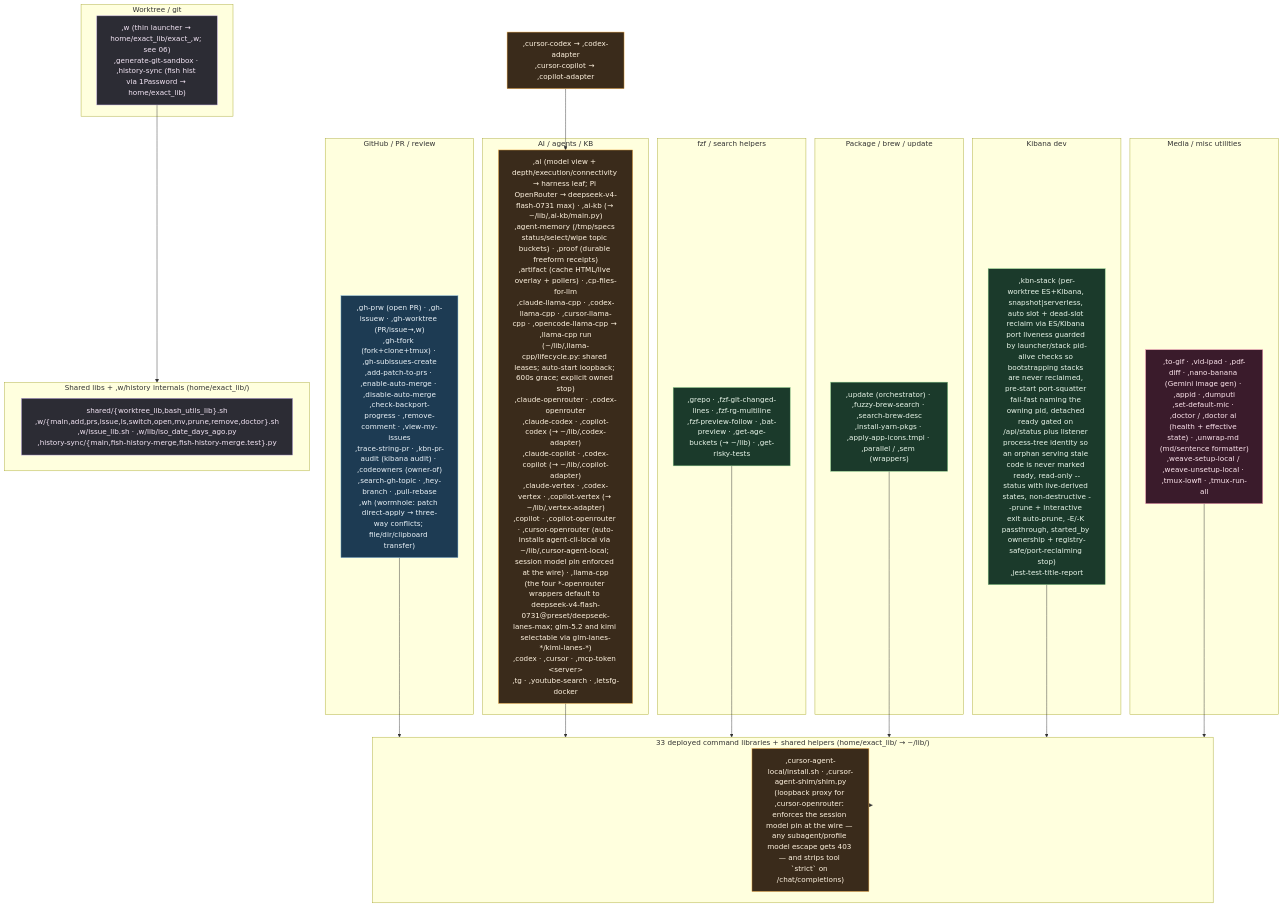
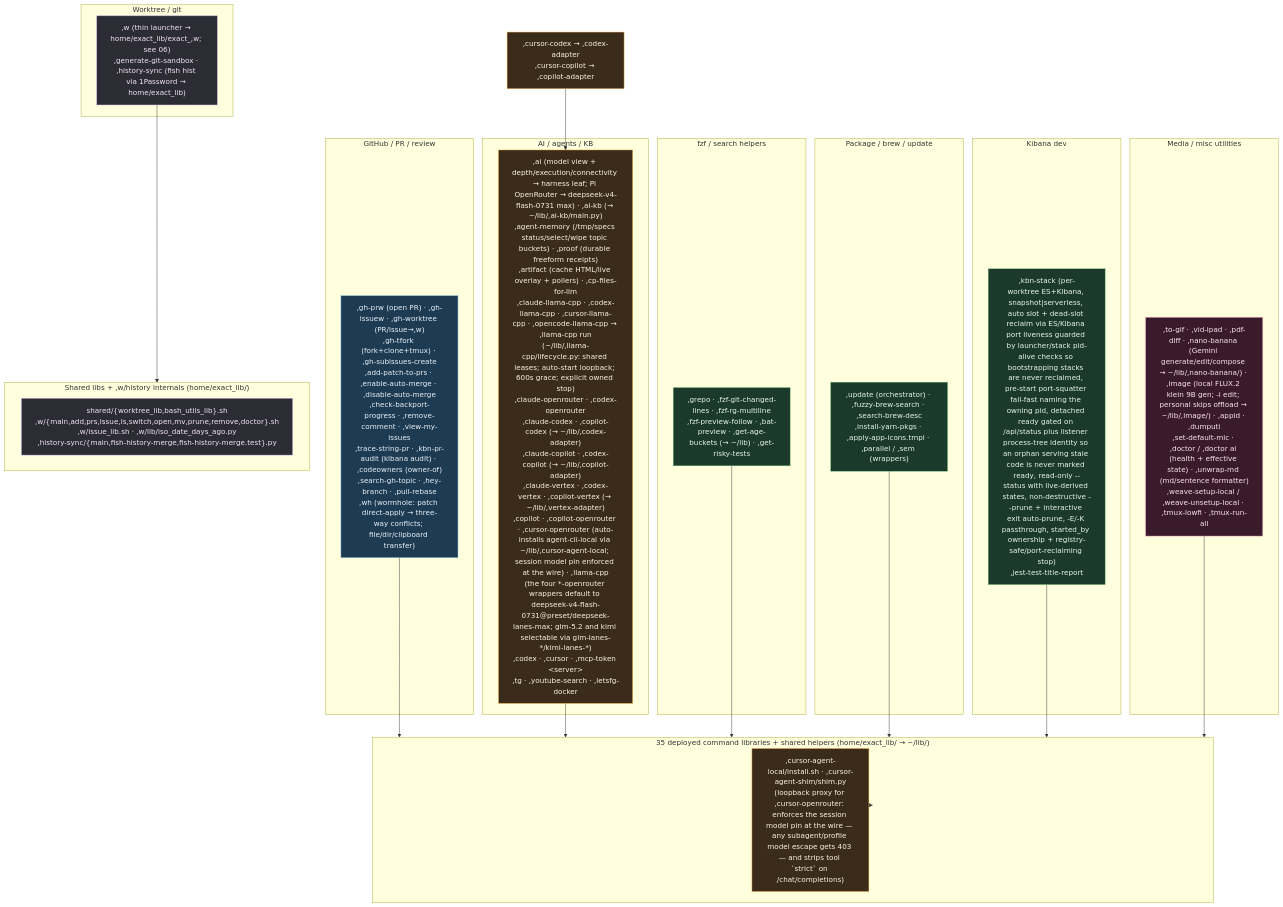
The diagram in .mermaids/07c-bin-commands.mmd (kapral18/dotfiles), drawn with Mermaid before and after one commit. The commit also changed 42 other files, not shown here.

```diff
--- a/.mermaids/07c-bin-commands.mmd
+++ b/.mermaids/07c-bin-commands.mmd
@@ -1,60 +1,60 @@
 %% ============================================================================
-%% 07c-bin-commands.mmd — Every thin command in home/exact_bin/ (81 thin commands)
-%% plus deployed internals in home/exact_lib/ (76 command/shared library files).
+%% 07c-bin-commands.mmd — Every thin command in home/exact_bin/ (82 thin commands)
+%% plus deployed internals in home/exact_lib/ (78 command/shared library files).
 %% executable_,* → ~/bin/,* (comma-prefixed user commands); home/exact_lib/exact_,name/
 %% → ~/lib/,name/. verify-bin-surface keeps each command covered by fish
 %% completions, docs, catalog, and non-orphaned command libraries.
 %% ============================================================================
 flowchart TB
     classDef gh fill:#1d3b53,stroke:#7fb3d5,color:#eaf2f8;
     classDef wt fill:#2c2c34,stroke:#b39ddb,color:#f3e5f5;
     classDef ai fill:#3a2b1b,stroke:#ffb74d,color:#fff3e0;
     classDef media fill:#3a1b2b,stroke:#f48fb1,color:#fce4ec;
     classDef sys fill:#1b3a2b,stroke:#81c784,color:#e8f5e9;
 
     subgraph GHC["GitHub / PR / review"]
         G[",gh-prw (open PR) · ,gh-issuew · ,gh-worktree (PR/issue→,w)<br/>,gh-tfork (fork+clone+tmux) · ,gh-subissues-create<br/>,add-patch-to-prs · ,enable-auto-merge · ,disable-auto-merge<br/>,check-backport-progress · ,remove-comment · ,view-my-issues<br/>,trace-string-pr · ,kbn-pr-audit (kibana audit) · ,codeowners (owner-of)<br/>,search-gh-topic · ,hey-branch · ,pull-rebase<br/>,wh (wormhole: patch direct-apply → three-way conflicts; file/dir/clipboard transfer)"]:::gh
     end
 
     ACURSOR[",cursor-codex → ,codex-adapter<br/>,cursor-copilot → ,copilot-adapter"]:::ai
     ACURSOR --> A
 
     subgraph WTC["Worktree / git"]
         W[",w (thin launcher → home/exact_lib/exact_,w; see 06)<br/>,generate-git-sandbox · ,history-sync (fish hist via 1Password → home/exact_lib)"]:::wt
     end
 
     subgraph AIC["AI / agents / KB"]
         A[",ai (model view + depth/execution/connectivity → harness leaf; Pi OpenRouter → deepseek-v4-flash-0731 max) · ,ai-kb (→ ~/lib/,ai-kb/main.py)<br/>,agent-memory (/tmp/specs status/select/wipe topic buckets) · ,proof (durable freeform receipts)<br/>,artifact (cache HTML/live overlay + pollers) · ,cp-files-for-llm<br/>,claude-llama-cpp · ,codex-llama-cpp · ,cursor-llama-cpp · ,opencode-llama-cpp → ,llama-cpp run<br/>(~/lib/,llama-cpp/lifecycle.py: shared leases; auto-start loopback; 600s grace; explicit owned stop)<br/>,claude-openrouter · ,codex-openrouter<br/>,claude-codex · ,copilot-codex (→ ~/lib/,codex-adapter)<br/>,claude-copilot · ,codex-copilot (→ ~/lib/,copilot-adapter)<br/>,claude-vertex · ,codex-vertex · ,copilot-vertex (→ ~/lib/,vertex-adapter)<br/>,copilot · ,copilot-openrouter · ,cursor-openrouter (auto-installs agent-cli-local via ~/lib/,cursor-agent-local; session model pin enforced at the wire) · ,llama-cpp<br/>(the four *-openrouter wrappers default to deepseek-v4-flash-0731@preset/deepseek-lanes-max; glm-5.2 and kimi selectable via glm-lanes-*/kimi-lanes-*)<br/>,codex · ,cursor · ,mcp-token &lt;server&gt;<br/>,tg · ,youtube-search · ,letsfg-docker"]:::ai
     end
 
     subgraph FZFC["fzf / search helpers"]
         F[",grepo · ,fzf-git-changed-lines · ,fzf-rg-multiline<br/>,fzf-preview-follow · ,bat-preview · ,get-age-buckets (→ ~/lib) · ,get-risky-tests"]:::sys
     end
 
     subgraph PKGC["Package / brew / update"]
         P[",update (orchestrator) · ,fuzzy-brew-search · ,search-brew-desc<br/>,install-yarn-pkgs · ,apply-app-icons.tmpl · ,parallel / ,sem (wrappers)"]:::sys
     end
 
     subgraph KBNC["Kibana dev"]
         K[",kbn-stack (per-worktree ES+Kibana, snapshot|serverless, auto slot + dead-slot reclaim via ES/Kibana port liveness guarded by launcher/stack pid-alive checks so bootstrapping stacks are never reclaimed, pre-start port-squatter fail-fast naming the owning pid, detached ready gated on /api/status plus listener process-tree identity so an orphan serving stale code is never marked ready, read-only --status with live-derived states, non-destructive --prune + interactive exit auto-prune, -E/-K passthrough, started_by ownership + registry-safe/port-reclaiming stop)<br/>,jest-test-title-report"]:::sys
     end
 
     subgraph MEDIA["Media / misc utilities"]
-        M[",to-gif · ,vid-ipad · ,pdf-diff · ,nano-banana (Gemini image gen) · ,appid · ,dumputi<br/>,set-default-mic · ,doctor / ,doctor ai (health + effective state) · ,unwrap-md (md/sentence formatter)<br/>,weave-setup-local / ,weave-unsetup-local · ,tmux-lowfi · ,tmux-run-all"]:::media
+        M[",to-gif · ,vid-ipad · ,pdf-diff · ,nano-banana (Gemini generate/edit/compose → ~/lib/,nano-banana/) · ,image (local FLUX.2 klein 9B gen; -i edit; personal skips offload → ~/lib/,image/) · ,appid · ,dumputi<br/>,set-default-mic · ,doctor / ,doctor ai (health + effective state) · ,unwrap-md (md/sentence formatter)<br/>,weave-setup-local / ,weave-unsetup-local · ,tmux-lowfi · ,tmux-run-all"]:::media
     end
 
     subgraph LIBS["Shared libs + ,w/history internals (home/exact_lib/)"]
         L["shared/{worktree_lib,bash_utils_lib}.sh<br/>,w/{main,add,prs,issue,ls,switch,open,mv,prune,remove,doctor}.sh<br/>,w/issue_lib.sh · ,w/lib/iso_date_days_ago.py<br/>,history-sync/{main,fish-history-merge,fish-history-merge.test}.py"]:::wt
     end
     W --> LIBS
 
-    subgraph CMDLIBS["33 deployed command libraries + shared helpers (home/exact_lib/ → ~/lib/)"]
+    subgraph CMDLIBS["35 deployed command libraries + shared helpers (home/exact_lib/ → ~/lib/)"]
         ADS[",cursor-agent-local/install.sh · ,cursor-agent-shim/shim.py<br/>(loopback proxy for ,cursor-openrouter: enforces the session model pin at the wire — any subagent/profile model escape gets 403 — and strips tool `strict` on /chat/completions)"]:::ai
     end
     ADS --> CMDLIBS
     G --> CMDLIBS
     A --> CMDLIBS
     F --> CMDLIBS
     P --> CMDLIBS
     K --> CMDLIBS
     M --> CMDLIBS
```
